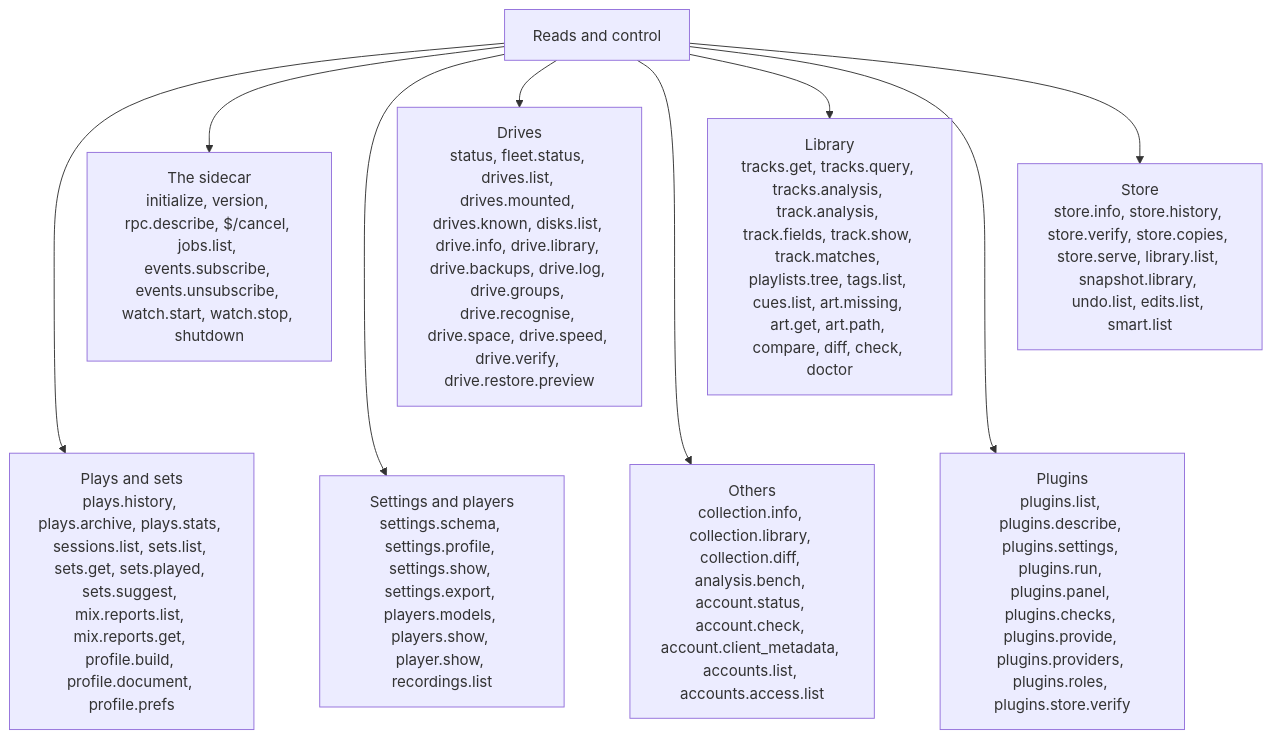
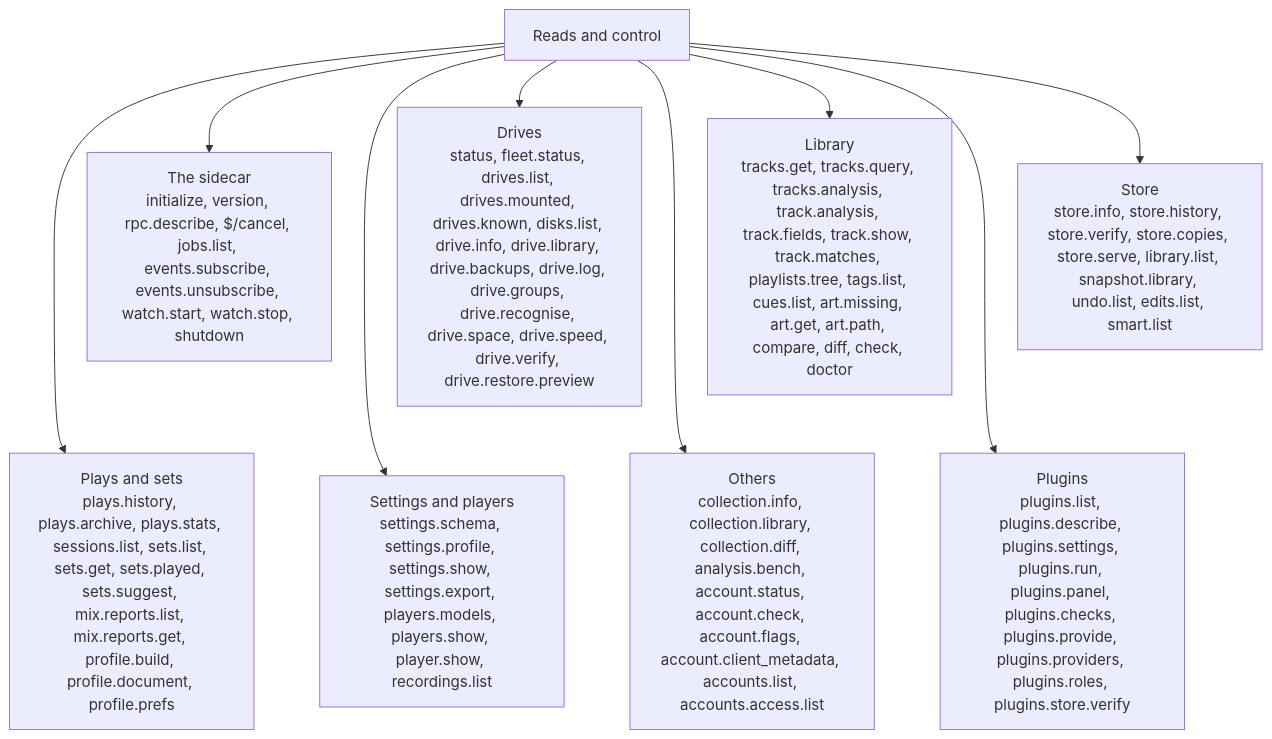
Before and after one commit to cutenode/localnetwork: the seventh of 10 diagrams in apps/locallibrary/docs/diagrams/sidecar.md, drawn with Mermaid. The commit also changed 42 other files, not shown here.

````diff
--- a/apps/locallibrary/docs/diagrams/sidecar.md
+++ b/apps/locallibrary/docs/diagrams/sidecar.md
@@ -149,16 +149,16 @@
 ```mermaid
 flowchart TD
     hub["Reads and control"]
     hub --> control["The sidecar<br/>initialize, version, rpc.describe, $/cancel, jobs.list, events.subscribe, events.unsubscribe, watch.start, watch.stop, shutdown"]
     hub --> fleet["Drives<br/>status, fleet.status, drives.list, drives.mounted, drives.known, disks.list, drive.info, drive.library, drive.backups, drive.log, drive.groups, drive.recognise, drive.space, drive.speed, drive.verify, drive.restore.preview"]
     hub --> tracks["Library<br/>tracks.get, tracks.query, tracks.analysis, track.analysis, track.fields, track.show, track.matches, playlists.tree, tags.list, cues.list, art.missing, art.get, art.path, compare, diff, check, doctor"]
     hub --> store["Store<br/>store.info, store.history, store.verify, store.copies, store.serve, library.list, snapshot.library, undo.list, edits.list, smart.list"]
     hub --> plays["Plays and sets<br/>plays.history, plays.archive, plays.stats, sessions.list, sets.list, sets.get, sets.played, sets.suggest, mix.reports.list, mix.reports.get, profile.build, profile.document, profile.prefs"]
     hub --> settings["Settings and players<br/>settings.schema, settings.profile, settings.show, settings.export, players.models, players.show, player.show, recordings.list"]
-    hub --> other["Others<br/>collection.info, collection.library, collection.diff, analysis.bench, account.status, account.check, account.client_metadata, accounts.list, accounts.access.list"]
+    hub --> other["Others<br/>collection.info, collection.library, collection.diff, analysis.bench, account.status, account.check, account.flags, account.client_metadata, accounts.list, accounts.access.list"]
     hub --> plugins["Plugins<br/>plugins.list, plugins.describe, plugins.settings, plugins.run, plugins.panel, plugins.checks, plugins.provide, plugins.providers, plugins.roles, plugins.store.verify"]
     control ~~~ plays
     fleet ~~~ settings
     tracks ~~~ other
     store ~~~ plugins
 ```
````
